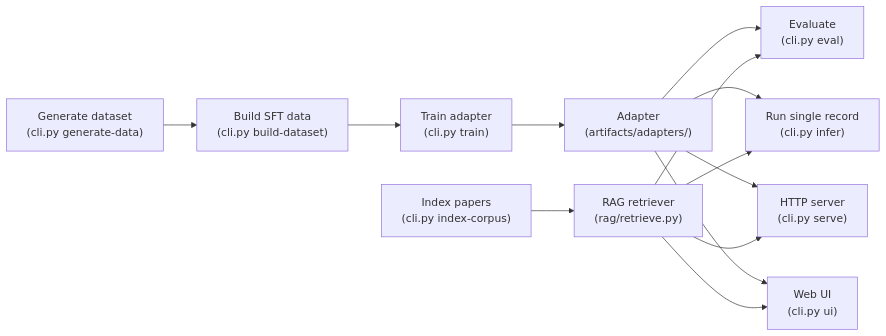
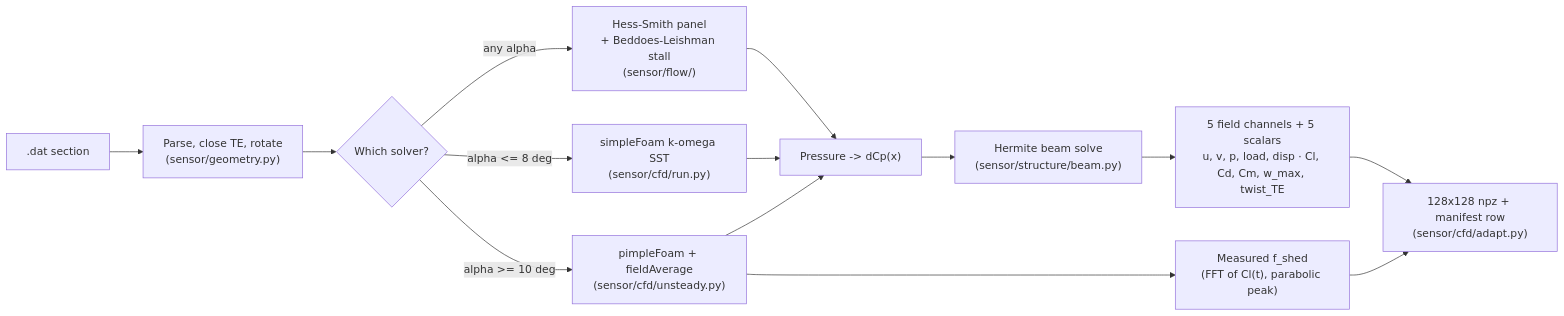
One commit to AngadKumar16/FSI-SLM changed the second of 8 diagrams in docs/workflow.md. Above: the diagram before and after it, drawn with Mermaid. The commit also changed other lines of this file and 43 other files, not shown here.

````diff
--- a/docs/workflow.md
+++ b/docs/workflow.md
@@ -84,15 +130,16 @@
 ```mermaid
 flowchart LR
-    G["Generate dataset<br/>(cli.py generate-data)"] --> B["Build SFT data<br/>(cli.py build-dataset)"]
-    I1["Index papers<br/>(cli.py index-corpus)"] --> R["RAG retriever<br/>(rag/retrieve.py)"]
-    B --> T["Train adapter<br/>(cli.py train)"]
-    T --> A["Adapter<br/>(artifacts/adapters/)"]
-    A --> E["Evaluate<br/>(cli.py eval)"]
-    A --> IN["Run single record<br/>(cli.py infer)"]
-    A --> S["HTTP server<br/>(cli.py serve)"]
-    A --> U["Web UI<br/>(cli.py ui)"]
-    R --> IN
-    R --> S
-    R --> E
-    R --> U
+    A[".dat section"] --> B["Parse, close TE, rotate<br/>(sensor/geometry.py)"]
+    B --> C{"Which solver?"}
+    C -->|"any alpha"| D["Hess-Smith panel<br/>+ Beddoes-Leishman stall<br/>(sensor/flow/)"]
+    C -->|"alpha <= 8 deg"| E["simpleFoam k-omega SST<br/>(sensor/cfd/run.py)"]
+    C -->|"alpha >= 10 deg"| F["pimpleFoam + fieldAverage<br/>(sensor/cfd/unsteady.py)"]
+    D --> G["Pressure -> dCp(x)"]
+    E --> G
+    F --> G
+    F --> FS["Measured f_shed<br/>(FFT of Cl(t), parabolic peak)"]
+    G --> H["Hermite beam solve<br/>(sensor/structure/beam.py)"]
+    H --> I["5 field channels + 5 scalars<br/>u, v, p, load, disp &middot; Cl, Cd, Cm, w_max, twist_TE"]
+    I --> J["128x128 npz + manifest row<br/>(sensor/cfd/adapt.py)"]
+    FS --> J
 ```
````
